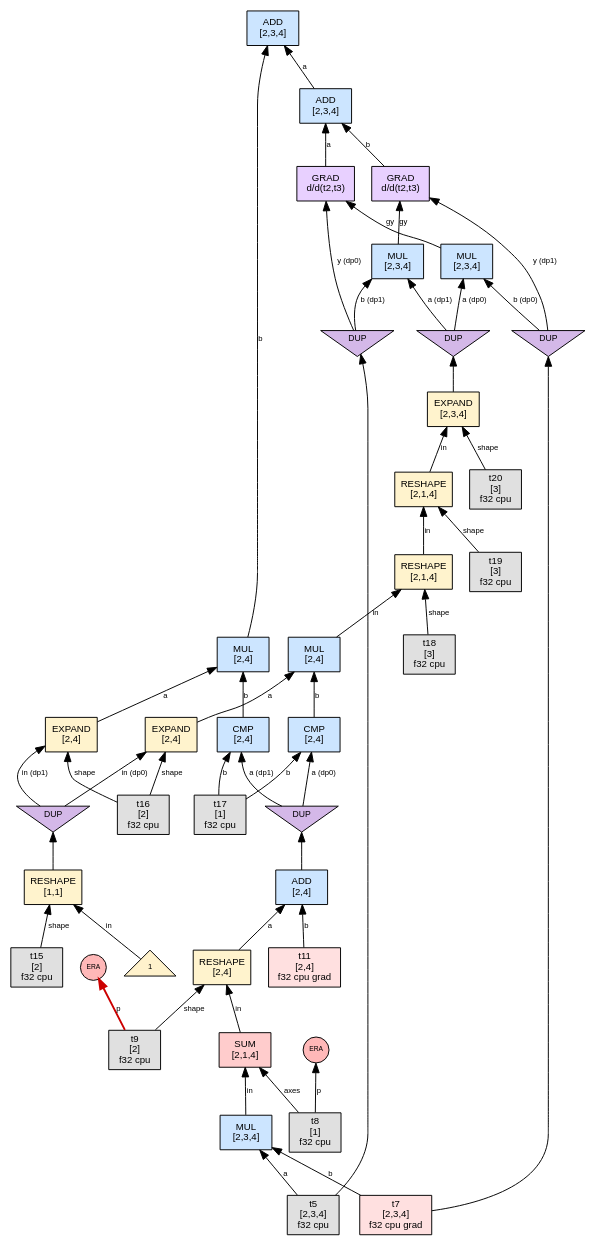
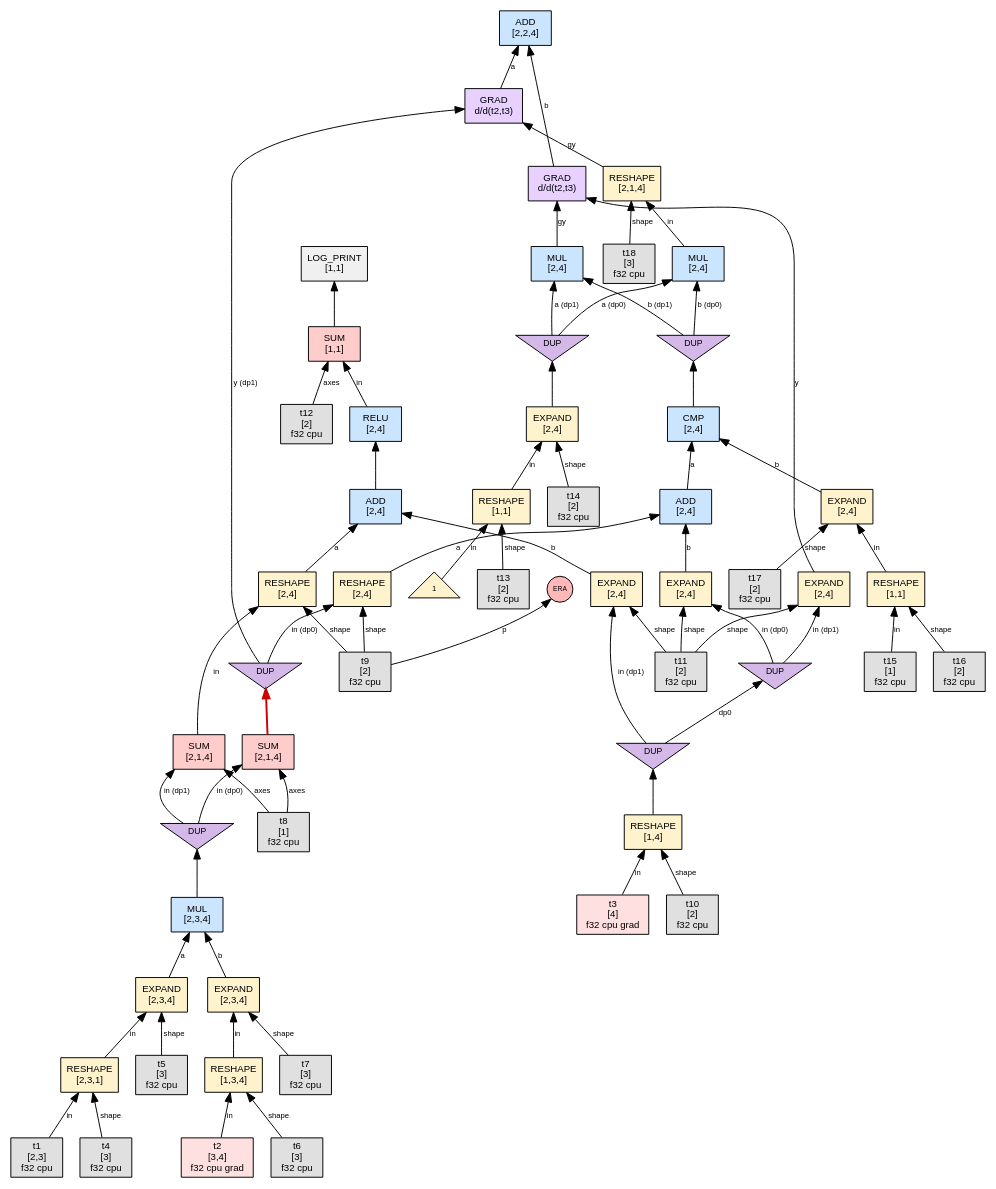
The diagram in phase1_graphs/tiny_linear_bias/step_015_interact_DP0.dot (sw1sh/TinyHVM), drawn with Graphviz before and after one commit. The commit also changed 751 other files, not shown here.

First line of the commit message:
test: refresh canonical tiny phase graph archives

```diff
--- a/phase1_graphs/tiny_linear_bias/step_015_interact_DP0.dot
+++ b/phase1_graphs/tiny_linear_bias/step_015_interact_DP0.dot
@@ -1,94 +1,126 @@
 digraph G {
   // PREV_INTERACTION: interact_DP0
-  // NEXT_INTERACTION: interact_era_on_TEN
+  // NEXT_INTERACTION: interact_DP1
   rankdir=BT;
   node [fontname="Helvetica", fontsize=10, style=filled, shape=box, margin="0.1,0.05"];
   edge [fontsize=8, fontname="Helvetica"];
 
-  n57 [label="ADD\n[2,3,4]", shape=box, fillcolor="#cce5ff"];
-  n110 -> n57 [label="a"];
-  n66 -> n57 [label="b"];
-  n28 [label="RESHAPE\n[1,1]", shape=box, fillcolor="#fff3cd"];
-  num28_0 [label="1",shape=triangle,fillcolor="#fff2cc",fontsize=8];
-  num28_0 -> n28 [label="in"];
-  t15 [label="t15\n[2]\nf32 cpu",shape=box,fillcolor="#e0e0e0"];
-  t15 -> n28 [label="shape"];
-  n47 [label="ADD\n[2,4]", shape=box, fillcolor="#cce5ff"];
-  n59 -> n47 [label="a"];
-  t11 [label="t11\n[2,4]\nf32 cpu grad",shape=box,fillcolor="#ffe0e0"];
-  t11 -> n47 [label="b"];
-  n59 [label="RESHAPE\n[2,4]", shape=box, fillcolor="#fff3cd"];
-  n78 -> n59 [label="in"];
+  n1 [label="RESHAPE\n[2,3,1]", shape=box, fillcolor="#fff3cd"];
+  t1 [label="t1\n[2,3]\nf32 cpu",shape=box,fillcolor="#e0e0e0"];
+  t1 -> n1 [label="in"];
+  t4 [label="t4\n[3]\nf32 cpu",shape=box,fillcolor="#e0e0e0"];
+  t4 -> n1 [label="shape"];
+  n9 [label="RESHAPE\n[1,3,4]", shape=box, fillcolor="#fff3cd"];
+  t2 [label="t2\n[3,4]\nf32 cpu grad",shape=box,fillcolor="#ffe0e0"];
+  t2 -> n9 [label="in"];
+  t6 [label="t6\n[3]\nf32 cpu",shape=box,fillcolor="#e0e0e0"];
+  t6 -> n9 [label="shape"];
+  n5 [label="EXPAND\n[2,3,4]", shape=box, fillcolor="#fff3cd"];
+  n1 -> n5 [label="in"];
+  t5 [label="t5\n[3]\nf32 cpu",shape=box,fillcolor="#e0e0e0"];
+  t5 -> n5 [label="shape"];
+  n13 [label="EXPAND\n[2,3,4]", shape=box, fillcolor="#fff3cd"];
+  n9 -> n13 [label="in"];
+  t7 [label="t7\n[3]\nf32 cpu",shape=box,fillcolor="#e0e0e0"];
+  t7 -> n13 [label="shape"];
+  n17 [label="MUL\n[2,3,4]", shape=box, fillcolor="#cce5ff"];
+  n5 -> n17 [label="a"];
+  n13 -> n17 [label="b"];
+  n29 [label="RESHAPE\n[1,4]", shape=box, fillcolor="#fff3cd"];
+  t3 [label="t3\n[4]\nf32 cpu grad",shape=box,fillcolor="#ffe0e0"];
+  t3 -> n29 [label="in"];
+  t10 [label="t10\n[2]\nf32 cpu",shape=box,fillcolor="#e0e0e0"];
+  t10 -> n29 [label="shape"];
+  n58 [label="SUM\n[1,1]", shape=box, fillcolor="#ffcccc"];
+  n74 -> n58 [label="in"];
+  t12 [label="t12\n[2]\nf32 cpu",shape=box,fillcolor="#e0e0e0"];
+  t12 -> n58 [label="axes"];
+  n51 [label="LOG_PRINT\n[1,1]", shape=box, fillcolor="#f0f0f0"];
+  n58 -> n51 [label=""];
+  n108 [label="ADD\n[2,2,4]", shape=box, fillcolor="#cce5ff"];
+  n142 -> n108 [label="a"];
+  n106 -> n108 [label="b"];
+  n74 [label="RELU\n[2,4]", shape=box, fillcolor="#cce5ff"];
+  n93 -> n74 [label=""];
+  n61 [label="RESHAPE\n[1,1]", shape=box, fillcolor="#fff3cd"];
+  num61_0 [label="1",shape=triangle,fillcolor="#fff2cc",fontsize=8];
+  num61_0 -> n61 [label="in"];
+  t13 [label="t13\n[2]\nf32 cpu",shape=box,fillcolor="#e0e0e0"];
+  t13 -> n61 [label="shape"];
+  n93 [label="ADD\n[2,4]", shape=box, fillcolor="#cce5ff"];
+  n112 -> n93 [label="a"];
+  n117 -> n93 [label="b"];
+  n77 [label="RESHAPE\n[1,1]", shape=box, fillcolor="#fff3cd"];
+  t15 [label="t15\n[1]\nf32 cpu",shape=box,fillcolor="#e0e0e0"];
+  t15 -> n77 [label="in"];
+  t16 [label="t16\n[2]\nf32 cpu",shape=box,fillcolor="#e0e0e0"];
+  t16 -> n77 [label="shape"];
+  n97 [label="ADD\n[2,4]", shape=box, fillcolor="#cce5ff"];
+  n120 -> n97 [label="a"];
+  n125 -> n97 [label="b"];
+  n81 [label="EXPAND\n[2,4]", shape=box, fillcolor="#fff3cd"];
+  n77 -> n81 [label="in"];
+  t17 [label="t17\n[2]\nf32 cpu",shape=box,fillcolor="#e0e0e0"];
+  t17 -> n81 [label="shape"];
+  n67 [label="EXPAND\n[2,4]", shape=box, fillcolor="#fff3cd"];
+  n61 -> n67 [label="in"];
+  t14 [label="t14\n[2]\nf32 cpu",shape=box,fillcolor="#e0e0e0"];
+  t14 -> n67 [label="shape"];
+  n85 [label="CMP\n[2,4]", shape=box, fillcolor="#cce5ff"];
+  n97 -> n85 [label="a"];
+  n81 -> n85 [label="b"];
+  n112 [label="RESHAPE\n[2,4]", shape=box, fillcolor="#fff3cd"];
+  n146 -> n112 [label="in"];
   t9 [label="t9\n[2]\nf32 cpu",shape=box,fillcolor="#e0e0e0"];
-  t9 -> n59 [label="shape"];
-  n110 [label="ADD\n[2,3,4]", shape=box, fillcolor="#cce5ff"];
-  n106 -> n110 [label="a"];
-  n108 -> n110 [label="b"];
-  n66 [label="MUL\n[2,4]", shape=box, fillcolor="#cce5ff"];
-  n114 -> n66 [label="a"];
-  n119 -> n66 [label="b"];
-  n78 [label="SUM\n[2,1,4]", shape=box, fillcolor="#ffcccc"];
-  n95 -> n78 [label="in"];
+  t9 -> n112 [label="shape"];
+  n117 [label="EXPAND\n[2,4]", shape=box, fillcolor="#fff3cd"];
+  dup119 [label="DUP", shape=invtriangle, fillcolor="#d4b8e8", fontsize=9, width=0.7, height=0.5];
+  n29 -> dup119;
+  dup119 -> n117 [label="in (dp1)"];
+  t11 [label="t11\n[2]\nf32 cpu",shape=box,fillcolor="#e0e0e0"];
+  t11 -> n117 [label="shape"];
+  n120 [label="RESHAPE\n[2,4]", shape=box, fillcolor="#fff3cd"];
+  dup124 [label="DUP", shape=invtriangle, fillcolor="#d4b8e8", fontsize=9, width=0.7, height=0.5];
+  n144 -> dup124 [color="#cc0000",penwidth=2.0];
+  dup124 -> n120 [label="in (dp0)"];
+  t9 -> n120 [label="shape"];
+  n125 [label="EXPAND\n[2,4]", shape=box, fillcolor="#fff3cd"];
+  dup129 [label="DUP", shape=invtriangle, fillcolor="#d4b8e8", fontsize=9, width=0.7, height=0.5];
+  dup119 -> dup129 [label="dp0"];
+  dup129 -> n125 [label="in (dp0)"];
+  t11 -> n125 [label="shape"];
+  n127 [label="EXPAND\n[2,4]", shape=box, fillcolor="#fff3cd"];
+  dup129 -> n127 [label="in (dp1)"];
+  t11 -> n127 [label="shape"];
+  n132 [label="MUL\n[2,4]", shape=box, fillcolor="#cce5ff"];
+  dup134 [label="DUP", shape=invtriangle, fillcolor="#d4b8e8", fontsize=9, width=0.7, height=0.5];
+  n67 -> dup134;
+  dup134 -> n132 [label="a (dp1)"];
+  dup135 [label="DUP", shape=invtriangle, fillcolor="#d4b8e8", fontsize=9, width=0.7, height=0.5];
+  n85 -> dup135;
+  dup135 -> n132 [label="b (dp1)"];
+  n142 [label="GRAD\nd/d(t2,t3)", shape=box, fillcolor="#e8d0ff"];
+  dup124 -> n142 [label="y (dp1)"];
+  n138 -> n142 [label="gy"];
+  n106 [label="GRAD\nd/d(t2,t3)", shape=box, fillcolor="#e8d0ff"];
+  n127 -> n106 [label="y"];
+  n132 -> n106 [label="gy"];
+  n146 [label="SUM\n[2,1,4]", shape=box, fillcolor="#ffcccc"];
+  dup148 [label="DUP", shape=invtriangle, fillcolor="#d4b8e8", fontsize=9, width=0.7, height=0.5];
+  n17 -> dup148;
+  dup148 -> n146 [label="in (dp1)"];
   t8 [label="t8\n[1]\nf32 cpu",shape=box,fillcolor="#e0e0e0"];
-  t8 -> n78 [label="axes"];
-  n112 [label="EXPAND\n[2,4]", shape=box, fillcolor="#fff3cd"];
-  dup116 [label="DUP", shape=invtriangle, fillcolor="#d4b8e8", fontsize=9, width=0.7, height=0.5];
-  n28 -> dup116;
-  dup116 -> n112 [label="in (dp0)"];
-  t16 [label="t16\n[2]\nf32 cpu",shape=box,fillcolor="#e0e0e0"];
-  t16 -> n112 [label="shape"];
-  n117 [label="CMP\n[2,4]", shape=box, fillcolor="#cce5ff"];
-  dup121 [label="DUP", shape=invtriangle, fillcolor="#d4b8e8", fontsize=9, width=0.7, height=0.5];
-  n47 -> dup121;
-  dup121 -> n117 [label="a (dp0)"];
-  t17 [label="t17\n[1]\nf32 cpu",shape=box,fillcolor="#e0e0e0"];
-  t17 -> n117 [label="b"];
-  n114 [label="EXPAND\n[2,4]", shape=box, fillcolor="#fff3cd"];
-  dup116 -> n114 [label="in (dp1)"];
-  t16 -> n114 [label="shape"];
-  n119 [label="CMP\n[2,4]", shape=box, fillcolor="#cce5ff"];
-  dup121 -> n119 [label="a (dp1)"];
-  t17 -> n119 [label="b"];
-  era71 [label="ERA",shape=circle,width=0.38,height=0.38,fixedsize=true,fillcolor="#ffb8b8",fontsize=7];
-  t9 -> era71 [label="p",color="#cc0000",penwidth=2.0];
-  n64 [label="MUL\n[2,4]", shape=box, fillcolor="#cce5ff"];
-  n112 -> n64 [label="a"];
-  n117 -> n64 [label="b"];
-  n95 [label="MUL\n[2,3,4]", shape=box, fillcolor="#cce5ff"];
-  t5 [label="t5\n[2,3,4]\nf32 cpu",shape=box,fillcolor="#e0e0e0"];
-  t5 -> n95 [label="a"];
-  t7 [label="t7\n[2,3,4]\nf32 cpu grad",shape=box,fillcolor="#ffe0e0"];
-  t7 -> n95 [label="b"];
-  n72 [label="RESHAPE\n[2,1,4]", shape=box, fillcolor="#fff3cd"];
-  n64 -> n72 [label="in"];
+  t8 -> n146 [label="axes"];
+  n144 [label="SUM\n[2,1,4]", shape=box, fillcolor="#ffcccc"];
+  dup148 -> n144 [label="in (dp0)"];
+  t8 -> n144 [label="axes"];
+  era137 [label="ERA",shape=circle,width=0.38,height=0.38,fixedsize=true,fillcolor="#ffb8b8",fontsize=7];
+  t9 -> era137 [label="p"];
+  n130 [label="MUL\n[2,4]", shape=box, fillcolor="#cce5ff"];
+  dup134 -> n130 [label="a (dp0)"];
+  dup135 -> n130 [label="b (dp0)"];
+  n138 [label="RESHAPE\n[2,1,4]", shape=box, fillcolor="#fff3cd"];
+  n130 -> n138 [label="in"];
   t18 [label="t18\n[3]\nf32 cpu",shape=box,fillcolor="#e0e0e0"];
-  t18 -> n72 [label="shape"];
-  era88 [label="ERA",shape=circle,width=0.38,height=0.38,fixedsize=true,fillcolor="#ffb8b8",fontsize=7];
-  t8 -> era88 [label="p"];
-  n83 [label="RESHAPE\n[2,1,4]", shape=box, fillcolor="#fff3cd"];
-  n72 -> n83 [label="in"];
-  t19 [label="t19\n[3]\nf32 cpu",shape=box,fillcolor="#e0e0e0"];
-  t19 -> n83 [label="shape"];
-  n89 [label="EXPAND\n[2,3,4]", shape=box, fillcolor="#fff3cd"];
-  n83 -> n89 [label="in"];
-  t20 [label="t20\n[3]\nf32 cpu",shape=box,fillcolor="#e0e0e0"];
-  t20 -> n89 [label="shape"];
-  n102 [label="MUL\n[2,3,4]", shape=box, fillcolor="#cce5ff"];
-  dup100 [label="DUP", shape=invtriangle, fillcolor="#d4b8e8", fontsize=9, width=0.7, height=0.5];
-  n89 -> dup100;
-  dup100 -> n102 [label="a (dp0)"];
-  dup101 [label="DUP", shape=invtriangle, fillcolor="#d4b8e8", fontsize=9, width=0.7, height=0.5];
-  t7 -> dup101;
-  dup101 -> n102 [label="b (dp0)"];
-  n104 [label="MUL\n[2,3,4]", shape=box, fillcolor="#cce5ff"];
-  dup100 -> n104 [label="a (dp1)"];
-  dup99 [label="DUP", shape=invtriangle, fillcolor="#d4b8e8", fontsize=9, width=0.7, height=0.5];
-  t5 -> dup99;
-  dup99 -> n104 [label="b (dp1)"];
-  n106 [label="GRAD\nd/d(t2,t3)", shape=box, fillcolor="#e8d0ff"];
-  dup99 -> n106 [label="y (dp0)"];
-  n102 -> n106 [label="gy"];
-  n108 [label="GRAD\nd/d(t2,t3)", shape=box, fillcolor="#e8d0ff"];
-  dup101 -> n108 [label="y (dp1)"];
-  n104 -> n108 [label="gy"];
+  t18 -> n138 [label="shape"];
 }
```
